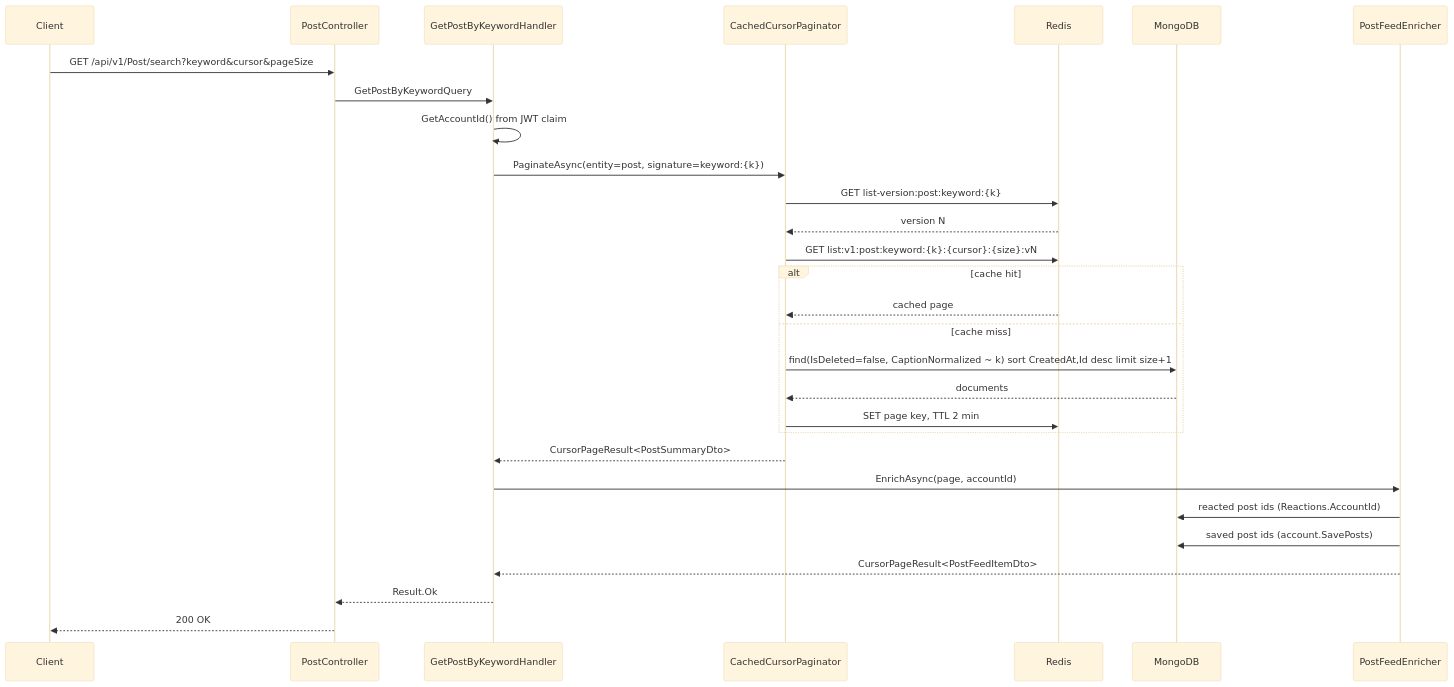
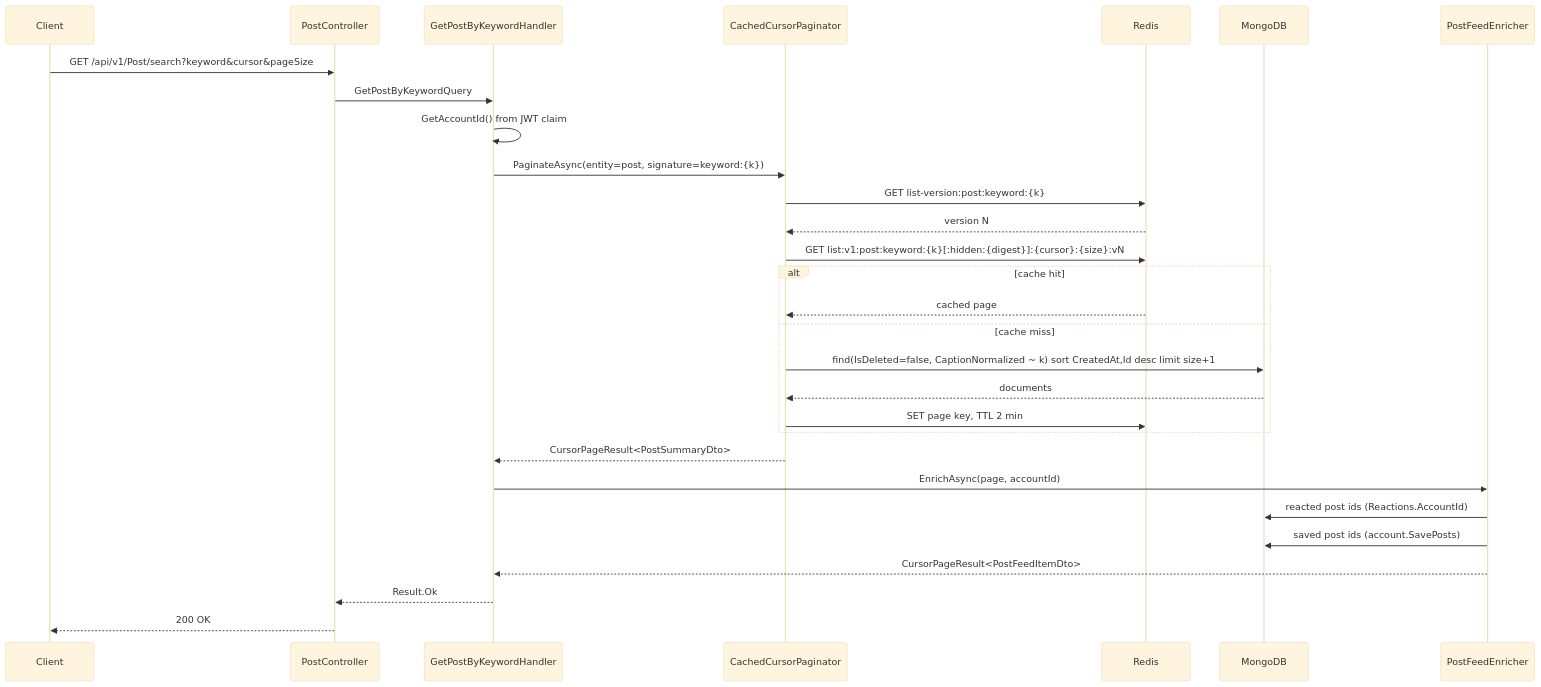
The second of 4 diagrams in doc/system-design.md (Datnguynx110605/Bump_Server), drawn with Mermaid (base theme) before and after one commit. The commit also changed other lines of this file and 18 other files, not shown here.

First line of the commit message:
fix: GetMySavedPost pagination and cache; update retry strategy

````diff
--- a/doc/system-design.md
+++ b/doc/system-design.md
@@ -109,32 +109,32 @@
 ```mermaid
 sequenceDiagram
     participant C as Client
     participant Ctl as PostController
     participant H as GetPostByKeywordHandler
     participant P as CachedCursorPaginator
     participant R as Redis
     participant M as MongoDB
     participant E as PostFeedEnricher
 
     C->>Ctl: GET /api/v1/Post/search?keyword&cursor&pageSize
     Ctl->>H: GetPostByKeywordQuery
     H->>H: GetAccountId() from JWT claim
     H->>P: PaginateAsync(entity=post, signature=keyword:{k})
     P->>R: GET list-version:post:keyword:{k}
     R-->>P: version N
-    P->>R: GET list:v1:post:keyword:{k}:{cursor}:{size}:vN
+    P->>R: GET list:v1:post:keyword:{k}[:hidden:{digest}]:{cursor}:{size}:vN
     alt cache hit
         R-->>P: cached page
     else cache miss
         P->>M: find(IsDeleted=false, CaptionNormalized ~ k) sort CreatedAt,Id desc limit size+1
         M-->>P: documents
         P->>R: SET page key, TTL 2 min
     end
     P-->>H: CursorPageResult<PostSummaryDto>
     H->>E: EnrichAsync(page, accountId)
     E->>M: reacted post ids (Reactions.AccountId)
     E->>M: saved post ids (account.SavePosts)
     E-->>H: CursorPageResult<PostFeedItemDto>
     H-->>Ctl: Result.Ok
     Ctl-->>C: 200 OK
 ```
````
